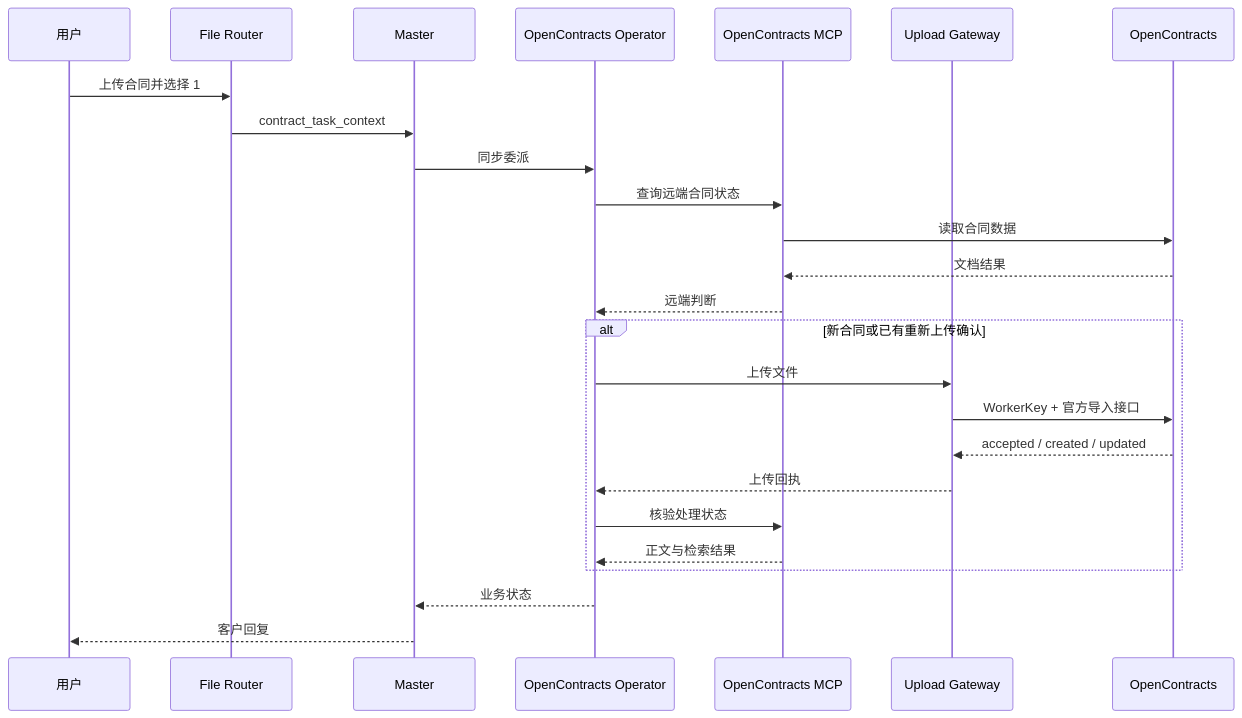
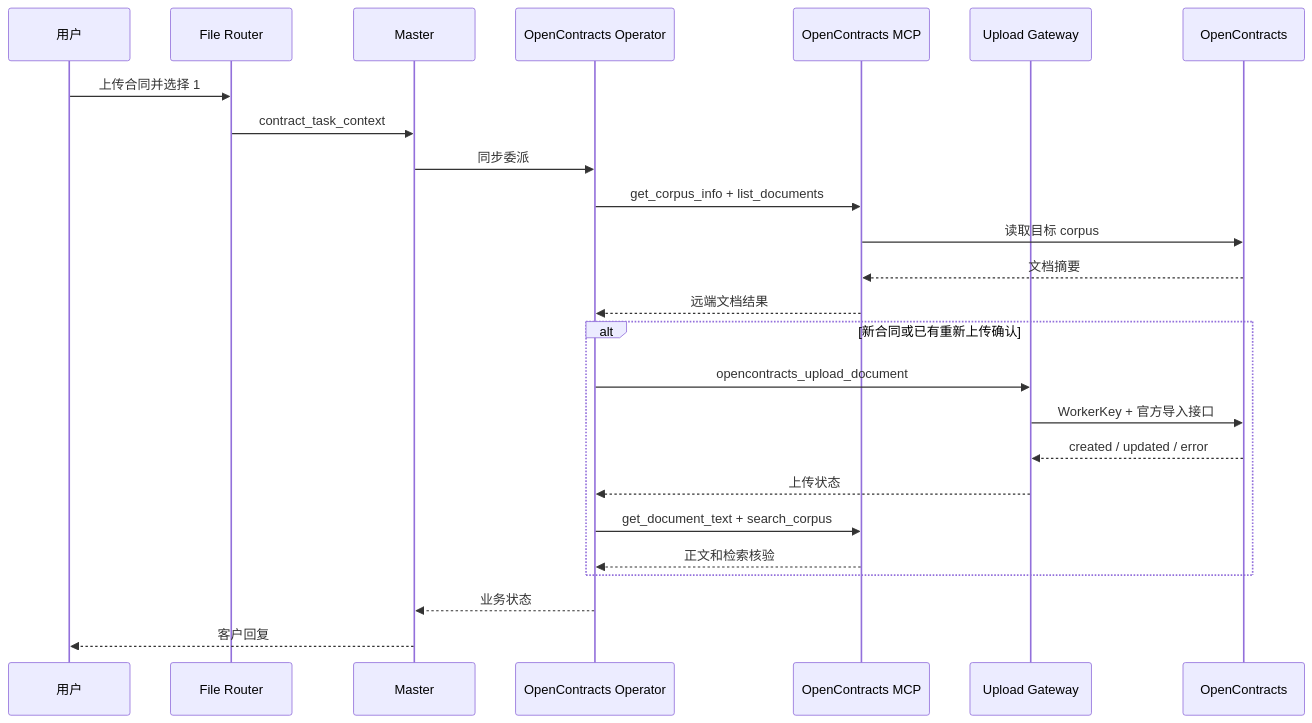
The second of 2 diagrams in README.md (Ri0n72Y/ContractBotConfig), drawn with Mermaid before and after one commit. The commit also changed other lines of this file and 43 other files, not shown here.

Commit message:
phase2: move OpenContracts reads to MCP and split upload gateway

````diff
--- a/README.md
+++ b/README.md
@@ -166,28 +182,28 @@
 ```mermaid
 sequenceDiagram
     participant U as 用户
     participant R as File Router
     participant M as Master
     participant O as OpenContracts Operator
     participant MCP as OpenContracts MCP
     participant G as Upload Gateway
     participant OC as OpenContracts
 
     U->>R: 上传合同并选择 1
     R->>M: contract_task_context
     M->>O: 同步委派
-    O->>MCP: 查询远端合同状态
-    MCP->>OC: 读取合同数据
-    OC-->>MCP: 文档结果
-    MCP-->>O: 远端判断
+    O->>MCP: get_corpus_info + list_documents
+    MCP->>OC: 读取目标 corpus
+    OC-->>MCP: 文档摘要
+    MCP-->>O: 远端文档结果
     alt 新合同或已有重新上传确认
-        O->>G: 上传文件
+        O->>G: opencontracts_upload_document
         G->>OC: WorkerKey + 官方导入接口
-        OC-->>G: accepted / created / updated
-        G-->>O: 上传回执
-        O->>MCP: 核验处理状态
-        MCP-->>O: 正文与检索结果
+        OC-->>G: created / updated / error
+        G-->>O: 上传状态
+        O->>MCP: get_document_text + search_corpus
+        MCP-->>O: 正文和检索核验
     end
     O-->>M: 业务状态
     M-->>U: 客户回复
 ```
````
